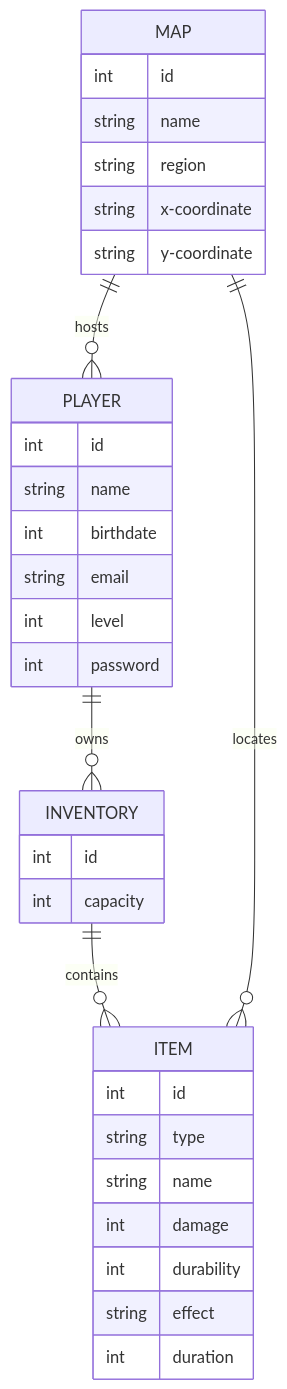
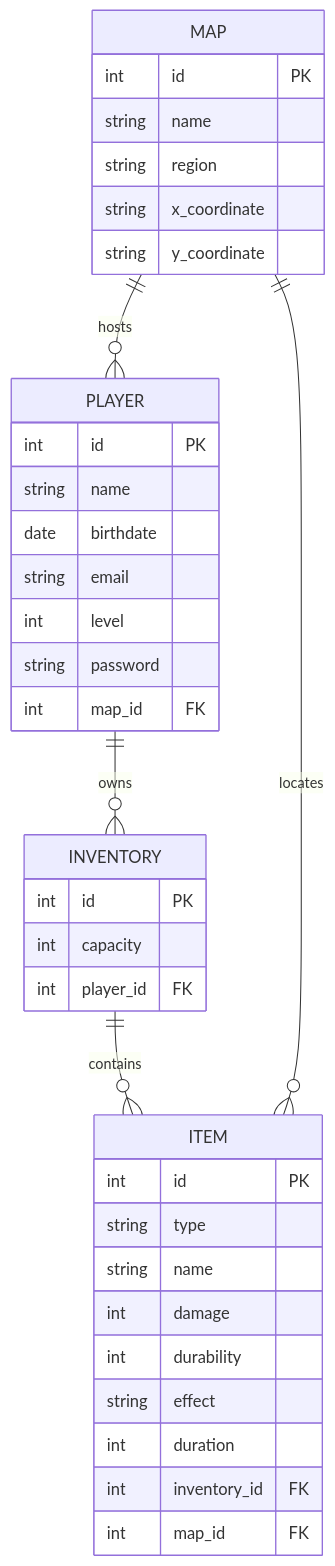
Before and after one commit to Rosario-sanchez-marin/RPG-Inventory-System: the diagram in project-root/docs/schema.md, drawn with Mermaid.

````diff
--- a/project-root/docs/schema.md
+++ b/project-root/docs/schema.md
@@ -3,40 +3,44 @@
 ```mermaid   
 
 erDiagram
   PLAYER ||--o{ INVENTORY : owns
   INVENTORY ||--o{ ITEM : contains
   MAP ||--o{ ITEM : locates
   MAP ||--o{ PLAYER : hosts
 
   PLAYER {
-    int id
+    int id PK
     string name
-    int birthdate
+    date birthdate
     string email
     int level
-    int password
+    string password
+    int map_id FK
   }
 
   INVENTORY {
-    int id
+    int id PK
     int capacity
+    int player_id FK
   }
 
   ITEM {
-    int id
+    int id PK
     string type
     string name
     int damage
     int durability
     string effect
     int duration
+    int inventory_id FK
+    int map_id FK
   }
 
   MAP {
-    int id
+    int id PK
     string name
     string region
-    string x-coordinate
-    string y-coordinate
+    string x_coordinate
+    string y_coordinate
   }
 ```
````
